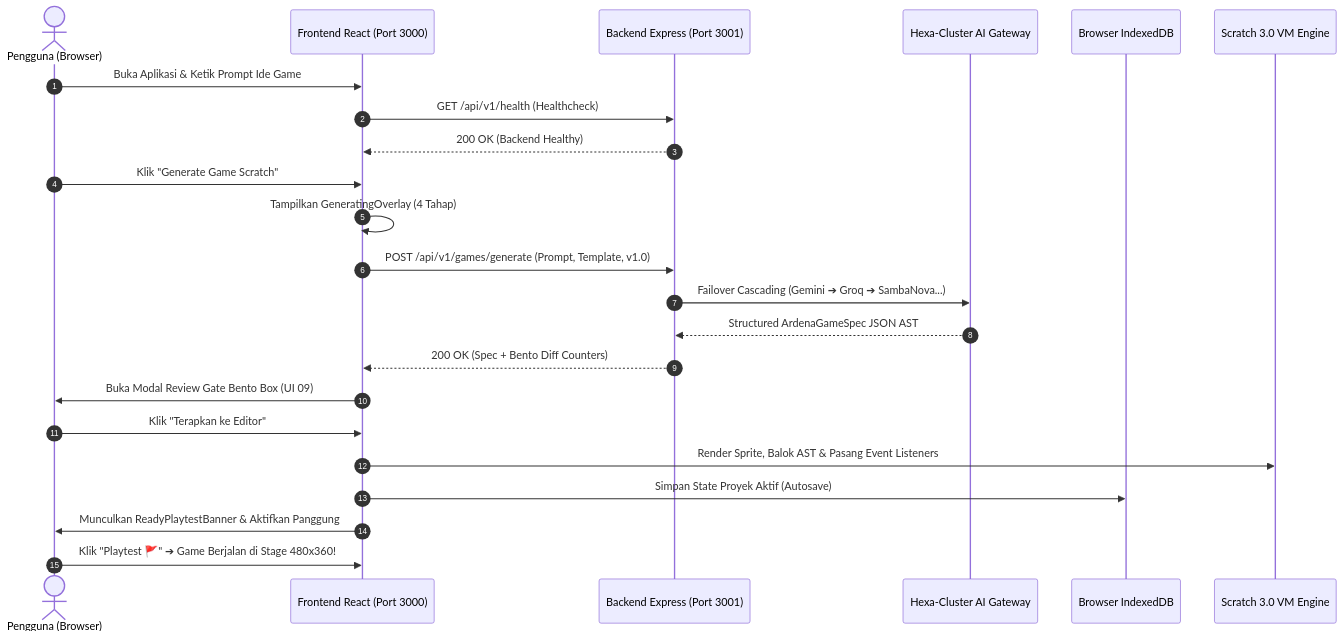
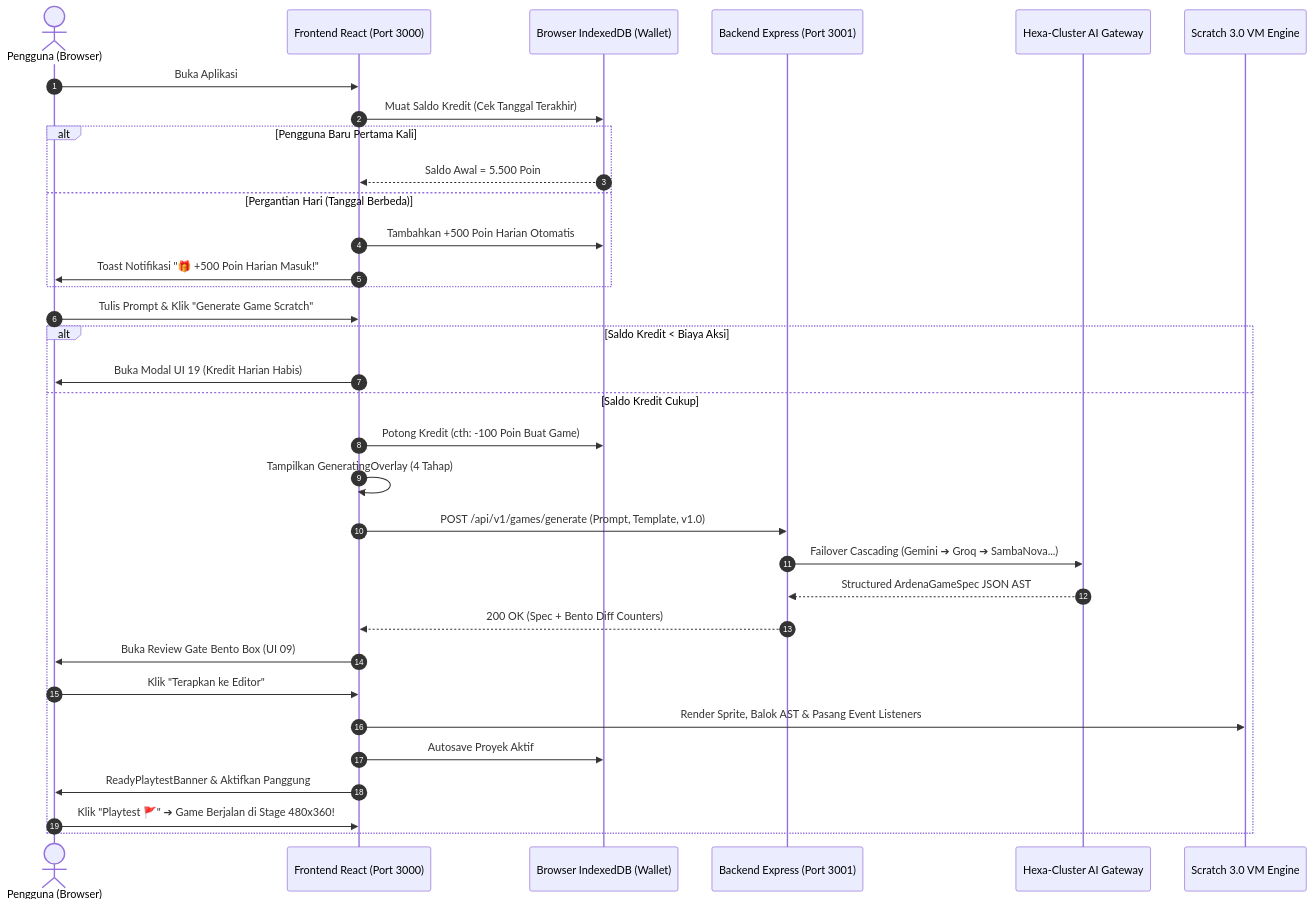
One commit to useripx/scratch_ardena changed the diagram in Docs/integration/INT-01_Implementation_Plan.md. Above: the diagram before and after it, drawn with Mermaid. The commit also changed other lines of this file, not shown here.

````diff
--- a/Docs/integration/INT-01_Implementation_Plan.md
+++ b/Docs/integration/INT-01_Implementation_Plan.md
@@ -28,26 +29,37 @@
 ```mermaid
 sequenceDiagram
     autonumber
     actor User as Pengguna (Browser)
     participant FE as Frontend React (Port 3000)
+    participant IDB as Browser IndexedDB (Wallet)
     participant API as Backend Express (Port 3001)
     participant AI as Hexa-Cluster AI Gateway
-    participant IDB as Browser IndexedDB
     participant Scratch as Scratch 3.0 VM Engine
 
-    User->>FE: Buka Aplikasi & Ketik Prompt Ide Game
-    FE->>API: GET /api/v1/health (Healthcheck)
-    API-->>FE: 200 OK (Backend Healthy)
-    User->>FE: Klik "Generate Game Scratch"
-    FE->>FE: Tampilkan GeneratingOverlay (4 Tahap)
-    FE->>API: POST /api/v1/games/generate (Prompt, Template, v1.0)
-    API->>AI: Failover Cascading (Gemini ➔ Groq ➔ SambaNova...)
-    AI-->>API: Structured ArdenaGameSpec JSON AST
-    API-->>FE: 200 OK (Spec + Bento Diff Counters)
-    FE->>User: Buka Modal Review Gate Bento Box (UI 09)
-    User->>FE: Klik "Terapkan ke Editor"
-    FE->>Scratch: Render Sprite, Balok AST & Pasang Event Listeners
-    FE->>IDB: Simpan State Proyek Aktif (Autosave)
-    FE->>User: Munculkan ReadyPlaytestBanner & Aktifkan Panggung
-    User->>FE: Klik "Playtest 🚩" ➔ Game Berjalan di Stage 480x360!
+    User->>FE: Buka Aplikasi
+    FE->>IDB: Muat Saldo Kredit (Cek Tanggal Terakhir)
+    alt Pengguna Baru Pertama Kali
+        IDB-->>FE: Saldo Awal = 5.500 Poin
+    else Pergantian Hari (Tanggal Berbeda)
+        FE->>IDB: Tambahkan +500 Poin Harian Otomatis
+        FE->>User: Toast Notifikasi "🎁 +500 Poin Harian Masuk!"
+    end
+    
+    User->>FE: Tulis Prompt & Klik "Generate Game Scratch"
+    alt Saldo Kredit < Biaya Aksi
+        FE->>User: Buka Modal UI 19 (Kredit Harian Habis)
+    else Saldo Kredit Cukup
+        FE->>IDB: Potong Kredit (cth: -100 Poin Buat Game)
+        FE->>FE: Tampilkan GeneratingOverlay (4 Tahap)
+        FE->>API: POST /api/v1/games/generate (Prompt, Template, v1.0)
+        API->>AI: Failover Cascading (Gemini ➔ Groq ➔ SambaNova...)
+        AI-->>API: Structured ArdenaGameSpec JSON AST
+        API-->>FE: 200 OK (Spec + Bento Diff Counters)
+        FE->>User: Buka Review Gate Bento Box (UI 09)
+        User->>FE: Klik "Terapkan ke Editor"
+        FE->>Scratch: Render Sprite, Balok AST & Pasang Event Listeners
+        FE->>IDB: Autosave Proyek Aktif
+        FE->>User: ReadyPlaytestBanner & Aktifkan Panggung
+        User->>FE: Klik "Playtest 🚩" ➔ Game Berjalan di Stage 480x360!
+    end
 ```
````
